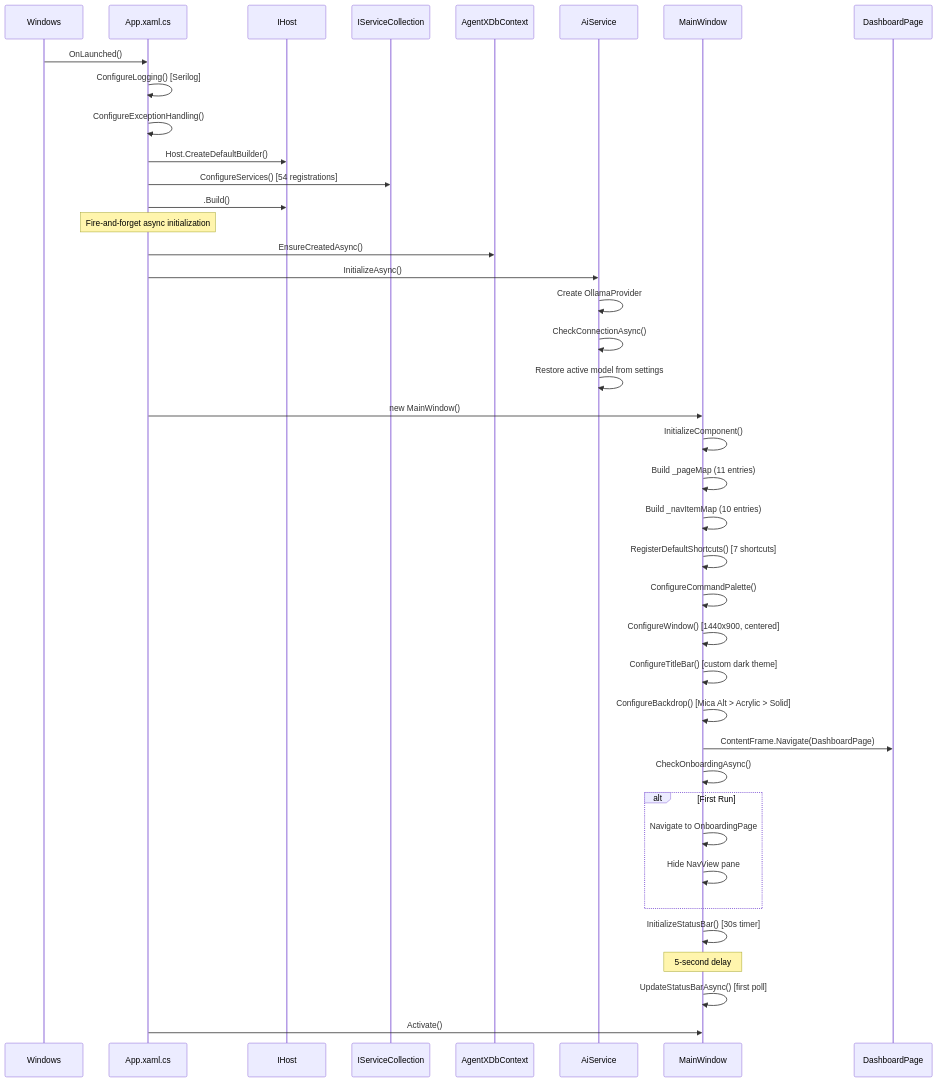
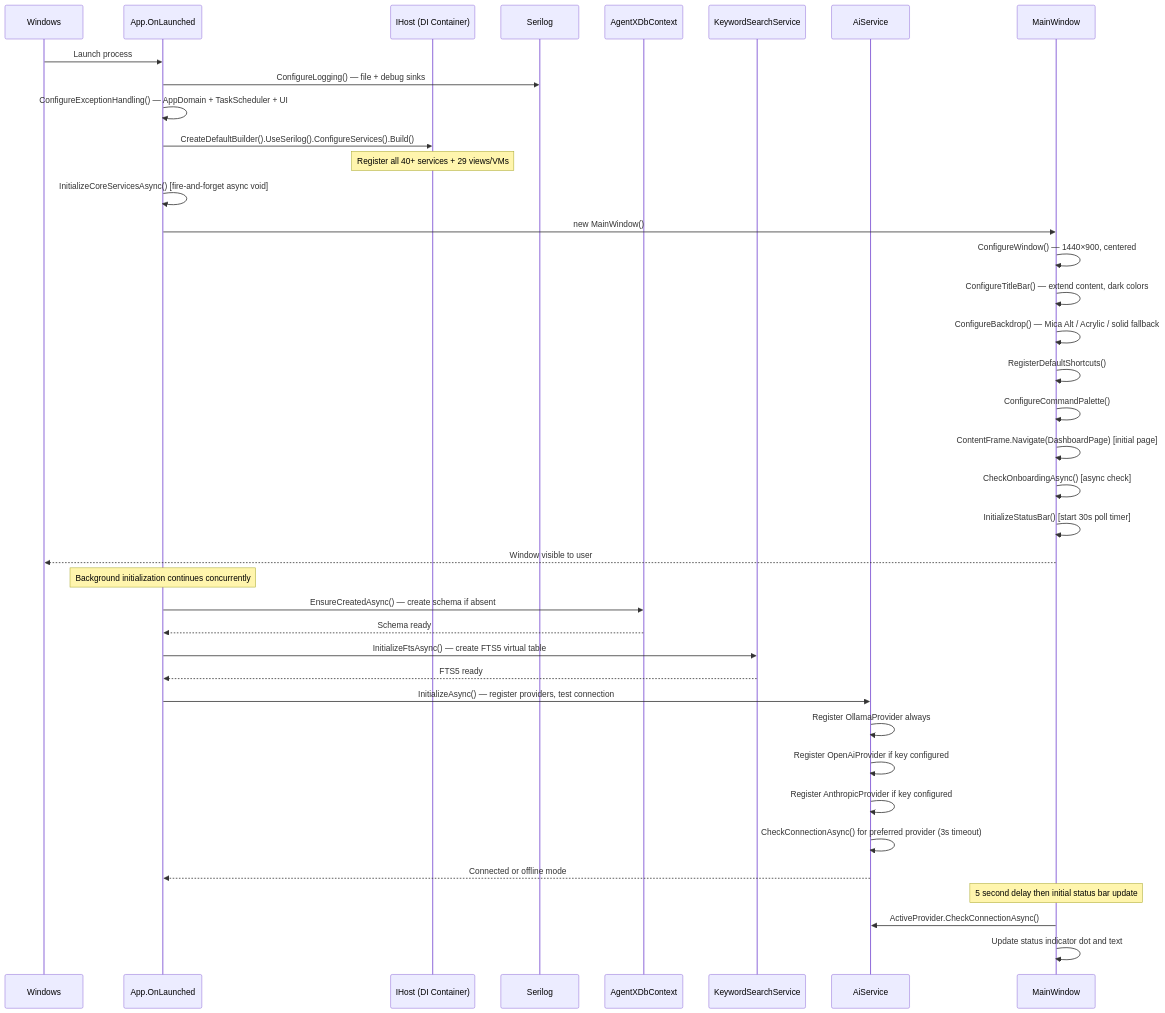
Before and after one commit to Git-Rocky-Stack/Agent-X: diagram 13 of 14 in docs/ARCHITECTURE.md, drawn with Mermaid. The commit also changed other lines of this file and 70 other files, not shown here.

````diff
--- a/docs/ARCHITECTURE.md
+++ b/docs/ARCHITECTURE.md
@@ -1102,49 +1454,44 @@
 ```mermaid
 sequenceDiagram
     participant OS as Windows
-    participant App as App.xaml.cs
-    participant Host as IHost
-    participant DI as IServiceCollection
+    participant APP as App.OnLaunched
+    participant HOST as IHost (DI Container)
+    participant LOG as Serilog
     participant DB as AgentXDbContext
-    participant AI as AiService
+    participant KWD as KeywordSearchService
+    participant AIS as AiService
     participant MW as MainWindow
-    participant DP as DashboardPage
 
-    OS->>App: OnLaunched()
-    App->>App: ConfigureLogging() [Serilog]
-    App->>App: ConfigureExceptionHandling()
-    App->>Host: Host.CreateDefaultBuilder()
-    App->>DI: ConfigureServices() [54 registrations]
-    App->>Host: .Build()
+    OS->>APP: Launch process
+    APP->>LOG: ConfigureLogging() — file + debug sinks
+    APP->>APP: ConfigureExceptionHandling() — AppDomain + TaskScheduler + UI
+    APP->>HOST: CreateDefaultBuilder().UseSerilog().ConfigureServices().Build()
+    Note over HOST: Register all 40+ services + 29 views/VMs
+    APP->>APP: InitializeCoreServicesAsync() [fire-and-forget async void]
+    APP->>MW: new MainWindow()
+    MW->>MW: ConfigureWindow() — 1440×900, centered
+    MW->>MW: ConfigureTitleBar() — extend content, dark colors
+    MW->>MW: ConfigureBackdrop() — Mica Alt / Acrylic / solid fallback
+    MW->>MW: RegisterDefaultShortcuts()
+    MW->>MW: ConfigureCommandPalette()
+    MW->>MW: ContentFrame.Navigate(DashboardPage) [initial page]
+    MW->>MW: CheckOnboardingAsync() [async check]
+    MW->>MW: InitializeStatusBar() [start 30s poll timer]
+    MW-->>OS: Window visible to user
 
-    Note over App: Fire-and-forget async initialization
-    App->>DB: EnsureCreatedAsync()
-    App->>AI: InitializeAsync()
-    AI->>AI: Create OllamaProvider
-    AI->>AI: CheckConnectionAsync()
-    AI->>AI: Restore active model from settings
+    Note over APP: Background initialization continues concurrently
+    APP->>DB: EnsureCreatedAsync() — create schema if absent
+    DB-->>APP: Schema ready
+    APP->>KWD: InitializeFtsAsync() — create FTS5 virtual table
+    KWD-->>APP: FTS5 ready
+    APP->>AIS: InitializeAsync() — register providers, test connection
+    AIS->>AIS: Register OllamaProvider always
+    AIS->>AIS: Register OpenAiProvider if key configured
+    AIS->>AIS: Register AnthropicProvider if key configured
+    AIS->>AIS: CheckConnectionAsync() for preferred provider (3s timeout)
+    AIS-->>APP: Connected or offline mode
 
-    App->>MW: new MainWindow()
-    MW->>MW: InitializeComponent()
-    MW->>MW: Build _pageMap (11 entries)
-    MW->>MW: Build _navItemMap (10 entries)
-    MW->>MW: RegisterDefaultShortcuts() [7 shortcuts]
-    MW->>MW: ConfigureCommandPalette()
-    MW->>MW: ConfigureWindow() [1440x900, centered]
-    MW->>MW: ConfigureTitleBar() [custom dark theme]
-    MW->>MW: ConfigureBackdrop() [Mica Alt > Acrylic > Solid]
-    MW->>DP: ContentFrame.Navigate(DashboardPage)
-    MW->>MW: CheckOnboardingAsync()
-
-    alt First Run
-        MW->>MW: Navigate to OnboardingPage
-        MW->>MW: Hide NavView pane
-    end
-
-    MW->>MW: InitializeStatusBar() [30s timer]
-
-    Note over MW: 5-second delay
-    MW->>MW: UpdateStatusBarAsync() [first poll]
-
-    App->>MW: Activate()
+    Note over MW: 5 second delay then initial status bar update
+    MW->>AIS: ActiveProvider.CheckConnectionAsync()
+    MW->>MW: Update status indicator dot and text
 ```
````
